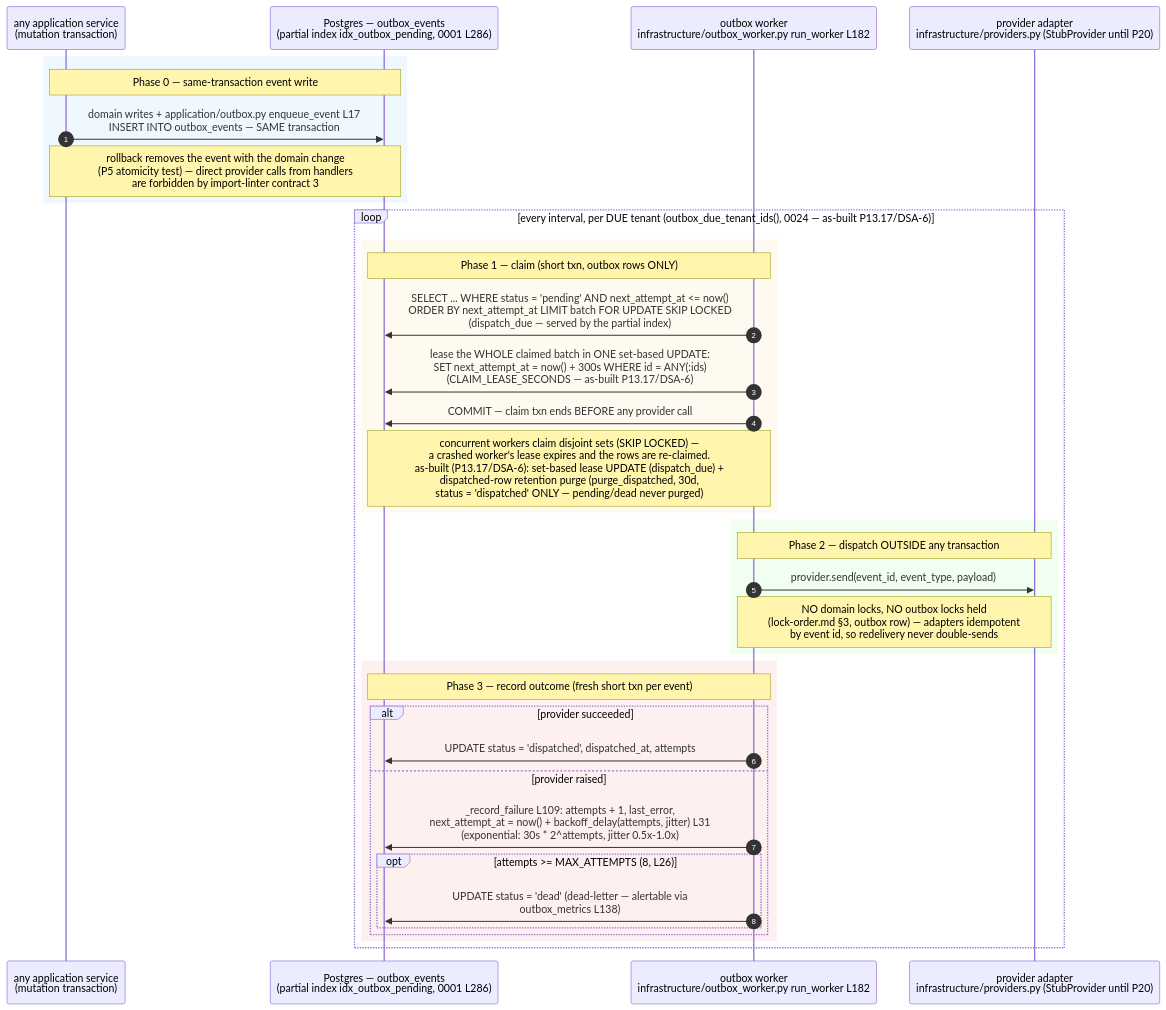
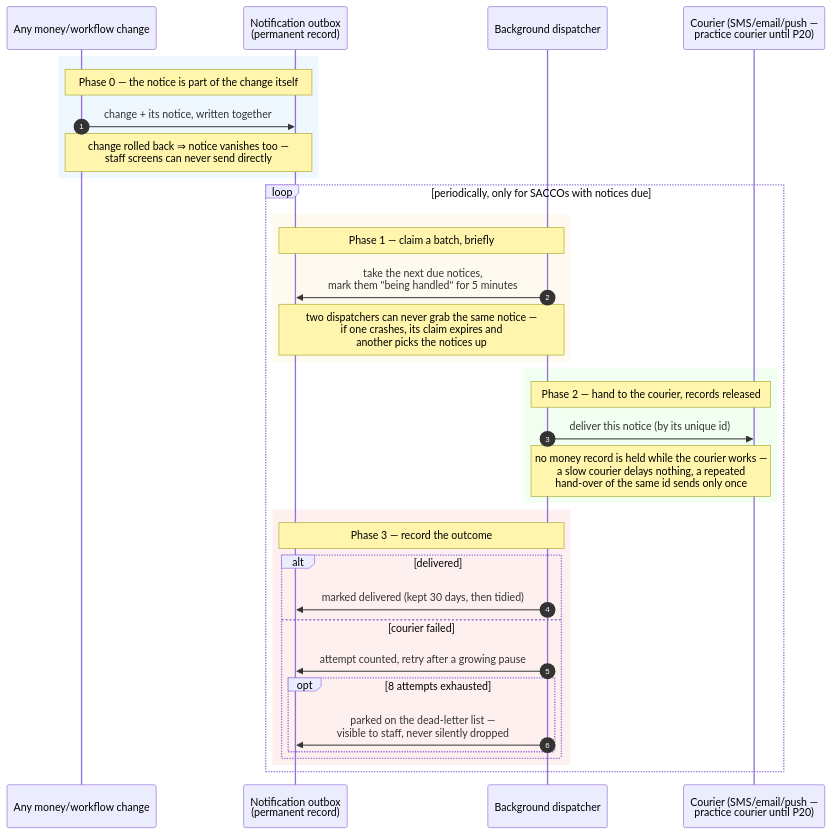
Before and after one commit to Benson-Kim/genesis-sacco: the diagram in docs/diagrams/sequence-outbox-dispatch.md, drawn with Mermaid. The commit also changed other lines of this file and 21 other files, not shown here.

Commit message:
P-DIAG drift reconciliation — as-built diagrams for !46/!47/!51/!52 + business-facing flows (docs-only)

````diff
--- a/docs/diagrams/sequence-outbox-dispatch.md
+++ b/docs/diagrams/sequence-outbox-dispatch.md
@@ -22,40 +35,38 @@
 ```mermaid
 sequenceDiagram
     autonumber
-    participant SVC as any application service<br/>(mutation transaction)
-    participant PG as Postgres — outbox_events<br/>(partial index idx_outbox_pending, 0001 L286)
-    participant W as outbox worker<br/>infrastructure/outbox_worker.py run_worker L182
-    participant P as provider adapter<br/>infrastructure/providers.py (StubProvider until P20)
+    participant SVC as Any money/workflow change
+    participant OBOX as Notification outbox<br/>(permanent record)
+    participant W as Background dispatcher
+    participant P as Courier (SMS/email/push —<br/>practice courier until P20)
 
     rect rgb(240,248,255)
-    Note over SVC,PG: Phase 0 — same-transaction event write
-    SVC->>PG: domain writes + application/outbox.py enqueue_event L17<br/>INSERT INTO outbox_events — SAME transaction
-    Note over SVC,PG: rollback removes the event with the domain change<br/>(P5 atomicity test) — direct provider calls from handlers<br/>are forbidden by import-linter contract 3
+    Note over SVC,OBOX: Phase 0 — the notice is part of the change itself
+    SVC->>OBOX: change + its notice, written together
+    Note over SVC,OBOX: change rolled back ⇒ notice vanishes too —<br/>staff screens can never send directly
     end
 
-    loop every interval, per DUE tenant (outbox_due_tenant_ids(), 0024 — as-built P13.17/DSA-6)
+    loop periodically, only for SACCOs with notices due
         rect rgb(255,250,240)
-        Note over W,PG: Phase 1 — claim (short txn, outbox rows ONLY)
-        W->>PG: SELECT ... WHERE status = 'pending' AND next_attempt_at <= now()<br/>ORDER BY next_attempt_at LIMIT batch FOR UPDATE SKIP LOCKED<br/>(dispatch_due — served by the partial index)
-        W->>PG: lease the WHOLE claimed batch in ONE set-based UPDATE:<br/>SET next_attempt_at = now() + 300s WHERE id = ANY(:ids)<br/>(CLAIM_LEASE_SECONDS — as-built P13.17/DSA-6)
-        W->>PG: COMMIT — claim txn ends BEFORE any provider call
-        Note over W,PG: concurrent workers claim disjoint sets (SKIP LOCKED) —<br/>a crashed worker's lease expires and the rows are re-claimed.<br/>as-built (P13.17/DSA-6): set-based lease UPDATE (dispatch_due) +<br/>dispatched-row retention purge (purge_dispatched, 30d,<br/>status = 'dispatched' ONLY — pending/dead never purged)
+        Note over W,OBOX: Phase 1 — claim a batch, briefly
+        W->>OBOX: take the next due notices,<br/>mark them "being handled" for 5 minutes
+        Note over W,OBOX: two dispatchers can never grab the same notice —<br/>if one crashes, its claim expires and<br/>another picks the notices up
         end
         rect rgb(240,255,240)
-        Note over W,P: Phase 2 — dispatch OUTSIDE any transaction
-        W->>P: provider.send(event_id, event_type, payload)
-        Note over W,P: NO domain locks, NO outbox locks held<br/>(lock-order.md §3, outbox row) — adapters idempotent<br/>by event id, so redelivery never double-sends
+        Note over W,P: Phase 2 — hand to the courier, records released
+        W->>P: deliver this notice (by its unique id)
+        Note over W,P: no money record is held while the courier works —<br/>a slow courier delays nothing, a repeated<br/>hand-over of the same id sends only once
         end
         rect rgb(255,240,240)
-        Note over W,PG: Phase 3 — record outcome (fresh short txn per event)
-        alt provider succeeded
-            W->>PG: UPDATE status = 'dispatched', dispatched_at, attempts
-        else provider raised
-            W->>PG: _record_failure L109: attempts + 1, last_error,<br/>next_attempt_at = now() + backoff_delay(attempts, jitter) L31<br/>(exponential: 30s * 2^attempts, jitter 0.5x-1.0x)
-            opt attempts >= MAX_ATTEMPTS (8, L26)
-                W->>PG: UPDATE status = 'dead' (dead-letter — alertable via<br/>outbox_metrics L138)
+        Note over W,OBOX: Phase 3 — record the outcome
+        alt delivered
+            W->>OBOX: marked delivered (kept 30 days, then tidied)
+        else courier failed
+            W->>OBOX: attempt counted, retry after a growing pause
+            opt 8 attempts exhausted
+                W->>OBOX: parked on the dead-letter list —<br/>visible to staff, never silently dropped
             end
         end
         end
     end
 ```
````
